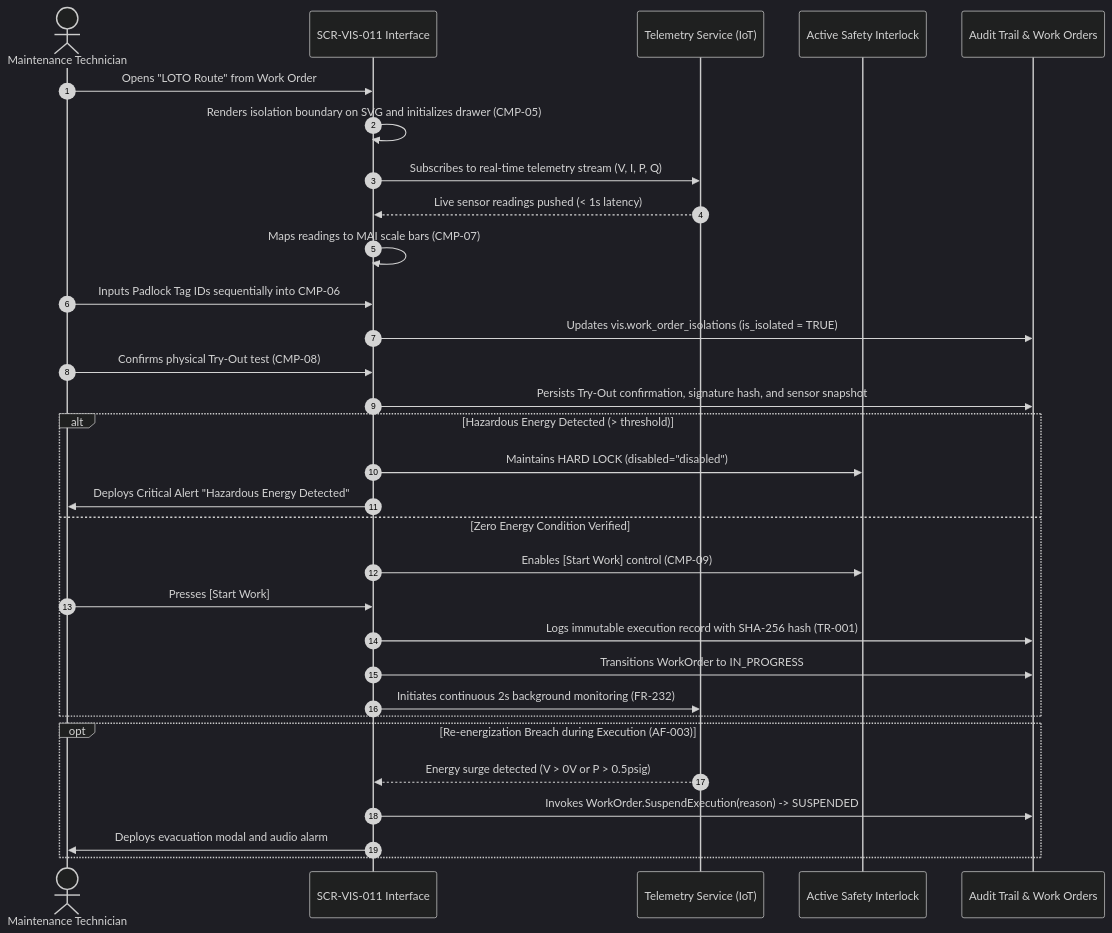
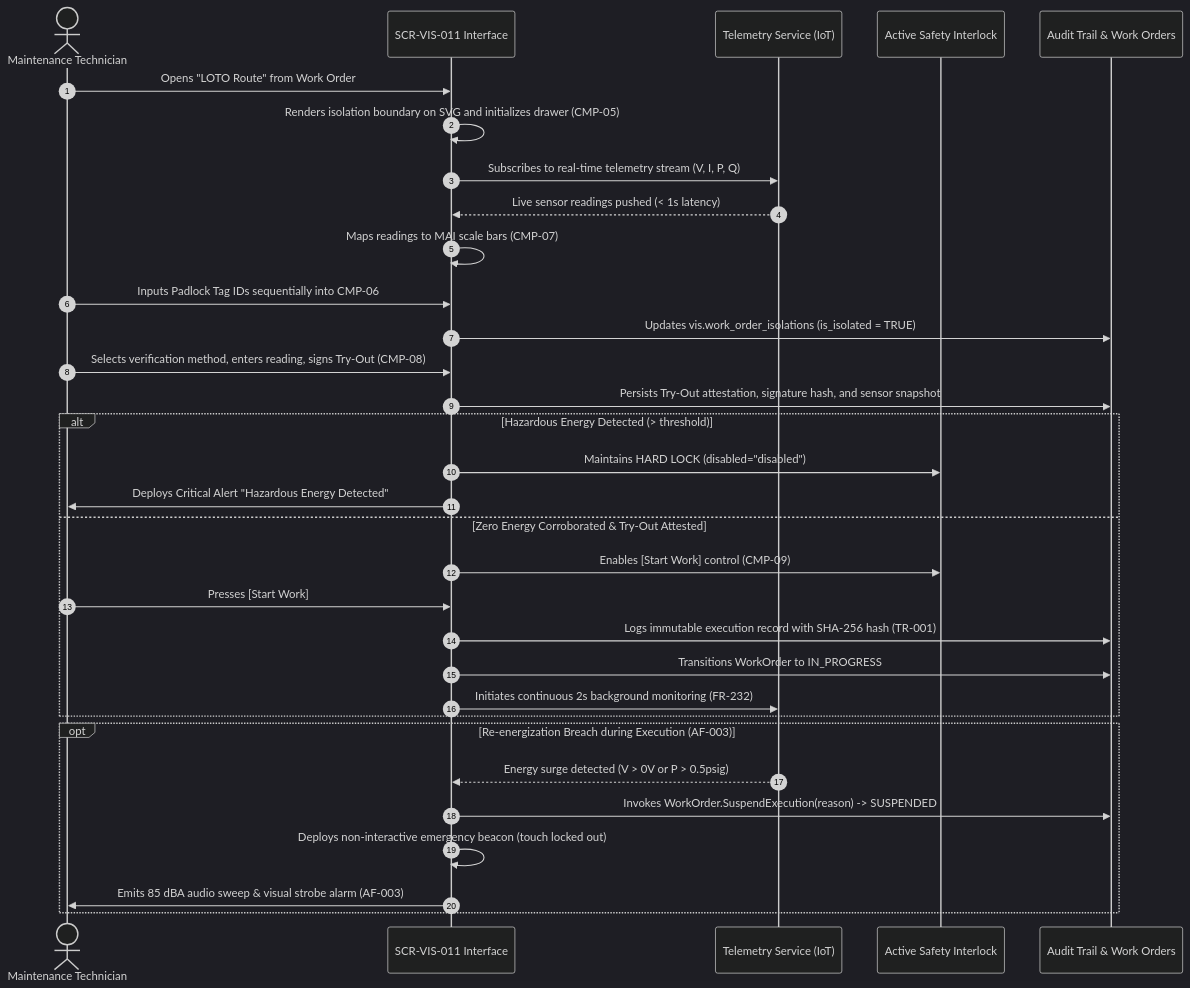
The diagram in ui-ux/screens/vis/SCR-VIS-011.md (Novav20/adso-dteam-docs), drawn with Mermaid (dark theme) before and after one commit. The commit also changed other lines of this file, not shown here.

Commit message:
feat(safety): apply CTA ergonomic refinements to SCR-VIS-011 (Try-Out primacy and emergency beacon)

````diff
--- a/ui-ux/screens/vis/SCR-VIS-011.md
+++ b/ui-ux/screens/vis/SCR-VIS-011.md
@@ -86,38 +86,39 @@
 ```mermaid
 sequenceDiagram
     autonumber
     actor Tech as Maintenance Technician
     participant UI as SCR-VIS-011 Interface
     participant IoT as Telemetry Service (IoT)
     participant SEC as Active Safety Interlock
     participant DB as Audit Trail & Work Orders
 
     Tech->>UI: Opens "LOTO Route" from Work Order
     UI->>UI: Renders isolation boundary on SVG and initializes drawer (CMP-05)
     UI->>IoT: Subscribes to real-time telemetry stream (V, I, P, Q)
     IoT-->>UI: Live sensor readings pushed (< 1s latency)
     UI->>UI: Maps readings to MAI scale bars (CMP-07)
     
     Tech->>UI: Inputs Padlock Tag IDs sequentially into CMP-06
     UI->>DB: Updates vis.work_order_isolations (is_isolated = TRUE)
     
-    Tech->>UI: Confirms physical Try-Out test (CMP-08)
-    UI->>DB: Persists Try-Out confirmation, signature hash, and sensor snapshot
+    Tech->>UI: Selects verification method, enters reading, signs Try-Out (CMP-08)
+    UI->>DB: Persists Try-Out attestation, signature hash, and sensor snapshot
     
     alt Hazardous Energy Detected (> threshold)
         UI->>SEC: Maintains HARD LOCK (disabled="disabled")
         UI->>Tech: Deploys Critical Alert "Hazardous Energy Detected"
-    else Zero Energy Condition Verified
+    else Zero Energy Corroborated & Try-Out Attested
         UI->>SEC: Enables [Start Work] control (CMP-09)
         Tech->>UI: Presses [Start Work]
         UI->>DB: Logs immutable execution record with SHA-256 hash (TR-001)
         UI->>DB: Transitions WorkOrder to IN_PROGRESS
         UI->>IoT: Initiates continuous 2s background monitoring (FR-232)
     end
 
     opt Re-energization Breach during Execution (AF-003)
         IoT-->>UI: Energy surge detected (V > 0V or P > 0.5psig)
         UI->>DB: Invokes WorkOrder.SuspendExecution(reason) -> SUSPENDED
-        UI->>Tech: Deploys evacuation modal and audio alarm
+        UI->>UI: Deploys non-interactive emergency beacon (touch locked out)
+        UI->>Tech: Emits 85 dBA audio sweep & visual strobe alarm (AF-003)
     end
 ```
````
